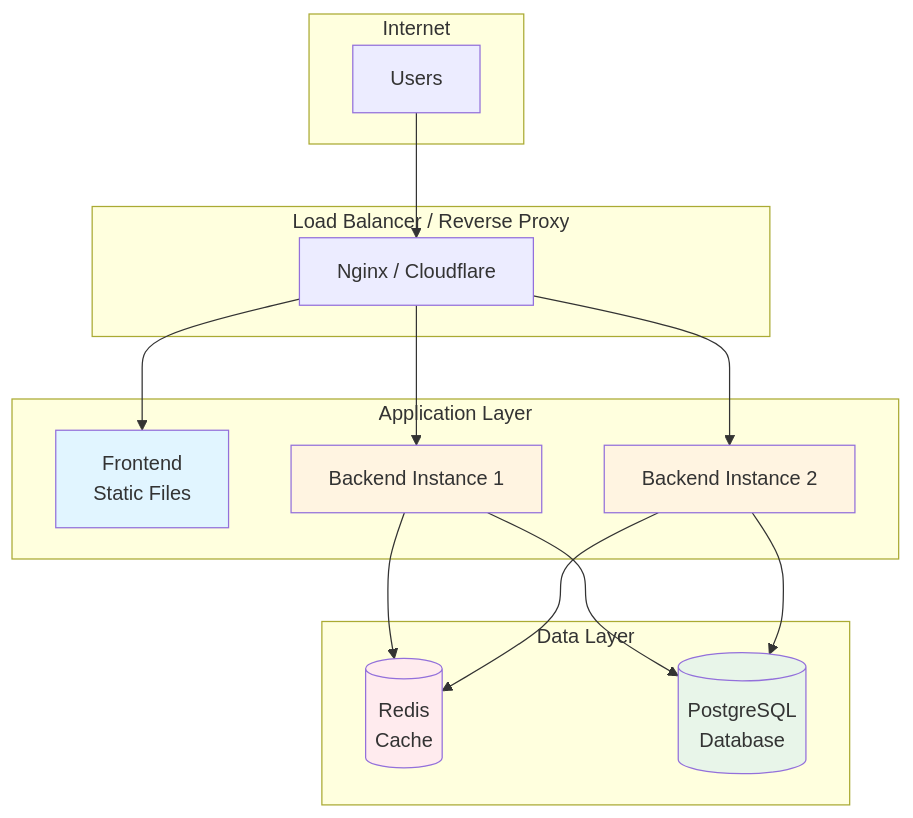
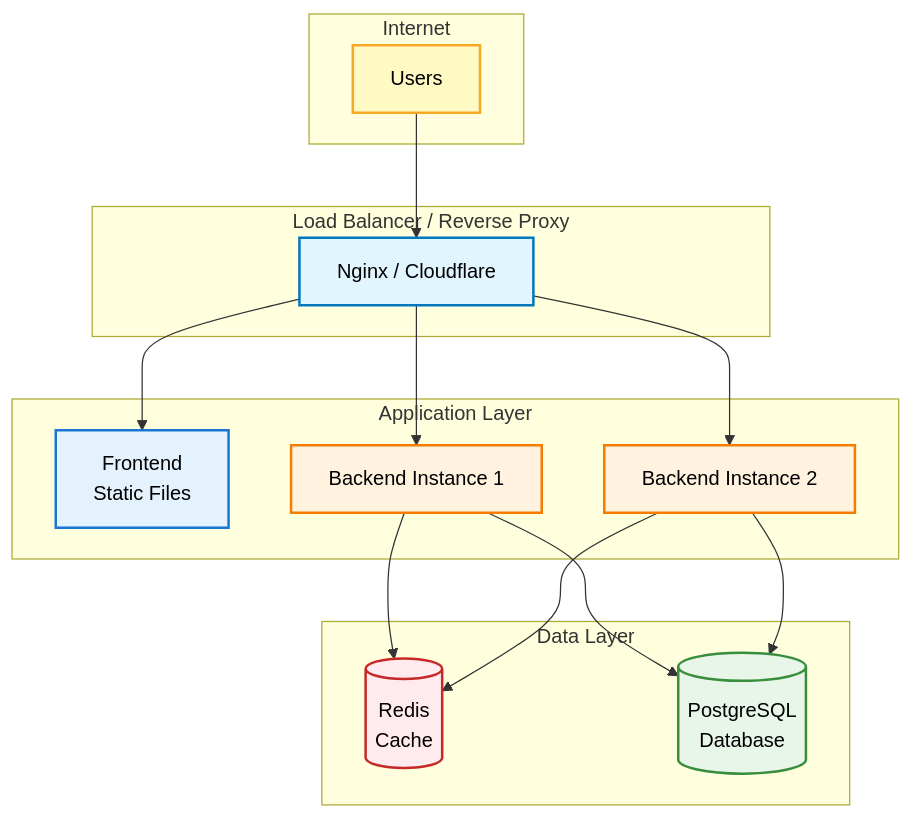
One commit to hamza-berahma/set-game changed the first of 2 diagrams in docs/deployment/README.md. Above: the diagram before and after it, drawn with Mermaid. The commit also changed other lines of this file and 7 other files, not shown here.

````diff
--- a/docs/deployment/README.md
+++ b/docs/deployment/README.md
@@ -7,37 +7,45 @@
 ```mermaid
 graph TB
     subgraph Internet
         Users[Users]
     end
     
     subgraph Load_Balancer[Load Balancer / Reverse Proxy]
         LB[Nginx / Cloudflare]
     end
     
     subgraph Application_Layer[Application Layer]
         FE1[Frontend<br/>Static Files]
         BE1[Backend Instance 1]
         BE2[Backend Instance 2]
     end
     
     subgraph Data_Layer[Data Layer]
         Redis[(Redis<br/>Cache)]
         Postgres[(PostgreSQL<br/>Database)]
     end
     
     Users --> LB
     LB --> FE1
     LB --> BE1
     LB --> BE2
     
     BE1 --> Redis
     BE1 --> Postgres
     BE2 --> Redis
     BE2 --> Postgres
     
-    style FE1 fill:#e1f5ff
-    style BE1 fill:#fff4e1
-    style BE2 fill:#fff4e1
-    style Redis fill:#ffebee
-    style Postgres fill:#e8f5e9
+    classDef user fill:#FFF9C4,stroke:#F9A825,stroke-width:2px,color:#000
+    classDef loadbalancer fill:#E1F5FE,stroke:#0277BD,stroke-width:2px,color:#000
+    classDef frontend fill:#E3F2FD,stroke:#1976D2,stroke-width:2px,color:#000
+    classDef backend fill:#FFF3E0,stroke:#F57C00,stroke-width:2px,color:#000
+    classDef redis fill:#FFEBEE,stroke:#C62828,stroke-width:2px,color:#000
+    classDef database fill:#E8F5E9,stroke:#388E3C,stroke-width:2px,color:#000
+    
+    class Users user
+    class LB loadbalancer
+    class FE1 frontend
+    class BE1,BE2 backend
+    class Redis redis
+    class Postgres database
 ```
````
